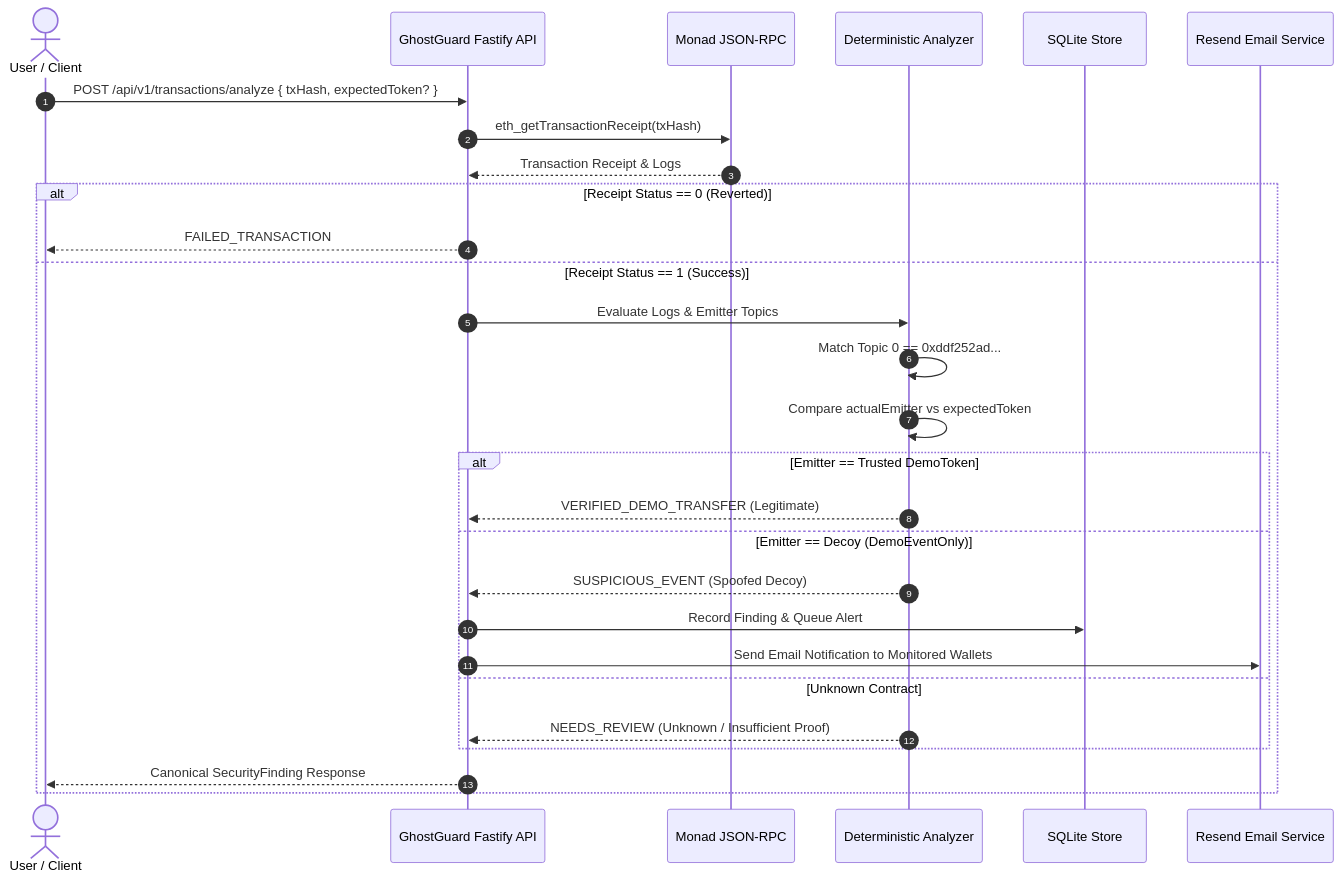
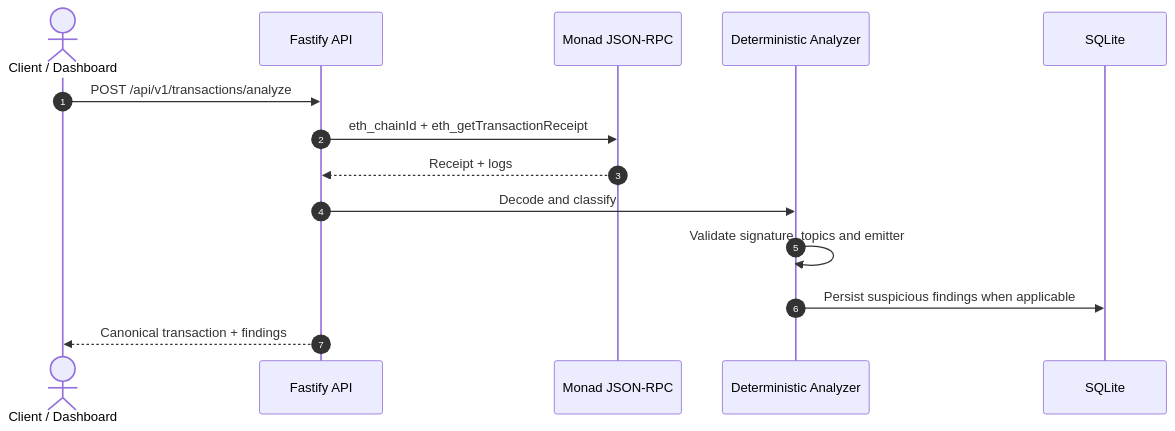
One commit to aposalik/ghostguard changed the first of 2 diagrams in README.md. Above: the diagram before and after it, drawn with Mermaid. The commit also changed other lines of this file, not shown here.

````diff
--- a/README.md
+++ b/README.md
@@ -95,33 +162,17 @@
 ```mermaid
 sequenceDiagram
     autonumber
-    actor User as User / Client
-    participant API as GhostGuard Fastify API
+    actor Client as Client / Dashboard
+    participant API as Fastify API
     participant RPC as Monad JSON-RPC
     participant Analyzer as Deterministic Analyzer
-    participant DB as SQLite Store
-    participant Resend as Resend Email Service
+    participant Store as SQLite
 
-    User->>API: POST /api/v1/transactions/analyze { txHash, expectedToken? }
-    API->>RPC: eth_getTransactionReceipt(txHash)
-    RPC-->>API: Transaction Receipt & Logs
-
-    alt Receipt Status == 0 (Reverted)
-        API-->>User: FAILED_TRANSACTION
-    else Receipt Status == 1 (Success)
-        API->>Analyzer: Evaluate Logs & Emitter Topics
-        Analyzer->>Analyzer: Match Topic 0 == 0xddf252ad...
-        Analyzer->>Analyzer: Compare actualEmitter vs expectedToken
-
-        alt Emitter == Trusted DemoToken
-            Analyzer-->>API: VERIFIED_DEMO_TRANSFER (Legitimate)
-        else Emitter == Decoy (DemoEventOnly)
-            Analyzer-->>API: SUSPICIOUS_EVENT (Spoofed Decoy)
-            API->>DB: Record Finding & Queue Alert
-            API->>Resend: Send Email Notification to Monitored Wallets
-        else Unknown Contract
-            Analyzer-->>API: NEEDS_REVIEW (Unknown / Insufficient Proof)
-        end
-        API-->>User: Canonical SecurityFinding Response
-    end
+    Client->>API: POST /api/v1/transactions/analyze
+    API->>RPC: eth_chainId + eth_getTransactionReceipt
+    RPC-->>API: Receipt + logs
+    API->>Analyzer: Decode and classify
+    Analyzer->>Analyzer: Validate signature, topics and emitter
+    Analyzer->>Store: Persist suspicious findings when applicable
+    API-->>Client: Canonical transaction + findings
 ```
````
